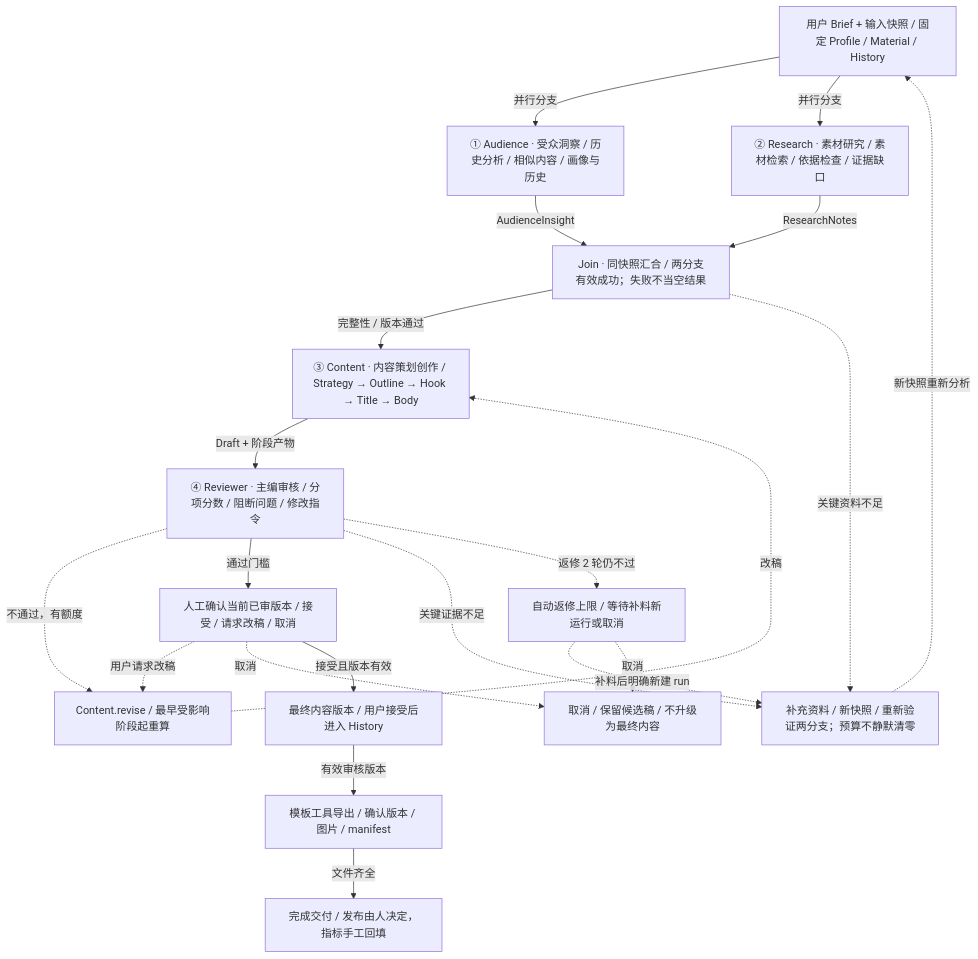
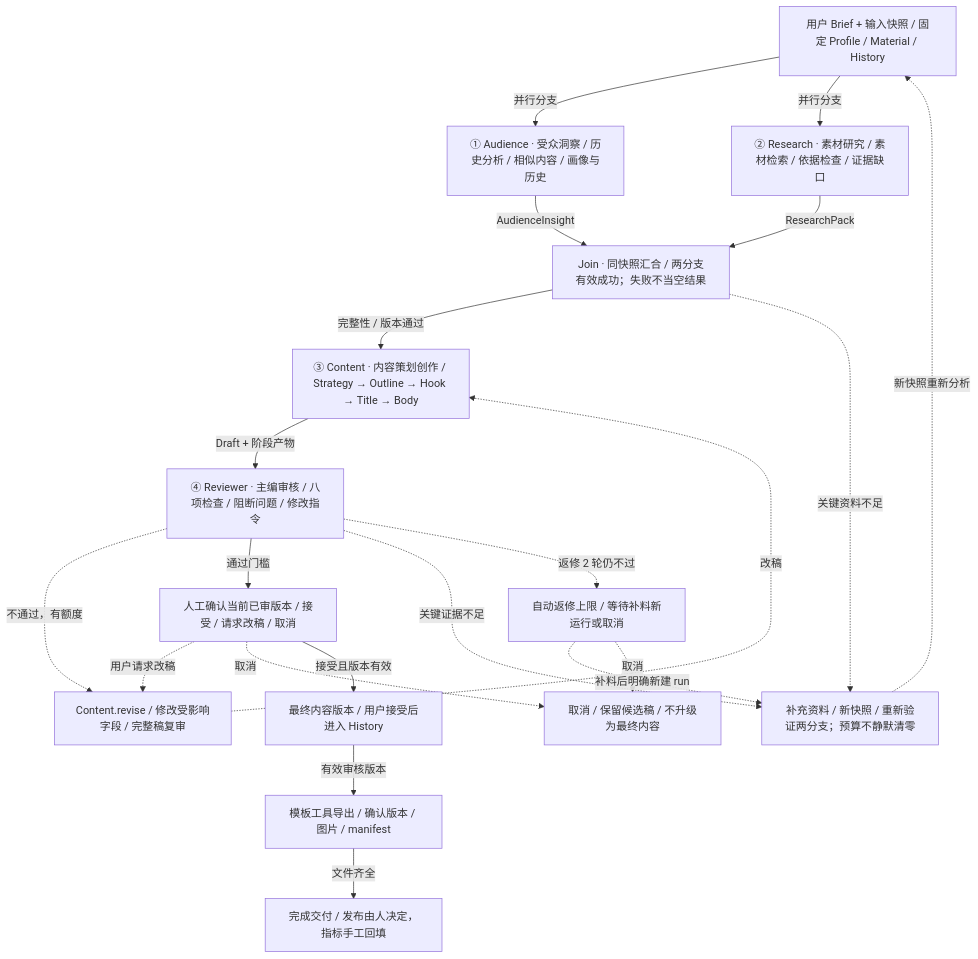
Before and after one commit to xinruilan612/RED: the diagram in docs/design/diagrams/workflow.mmd, drawn with Mermaid. The commit also changed 27 other files, not shown here.

```diff
--- a/docs/design/diagrams/workflow.mmd
+++ b/docs/design/diagrams/workflow.mmd
@@ -1,35 +1,35 @@
 flowchart TD
     brief["用户 Brief + 输入快照 / 固定 Profile / Material / History"]
     audience["① Audience · 受众洞察 / 历史分析 / 相似内容 / 画像与历史"]
     research["② Research · 素材研究 / 素材检索 / 依据检查 / 证据缺口"]
     join["Join · 同快照汇合 / 两分支有效成功；失败不当空结果"]
     content["③ Content · 内容策划创作 / Strategy → Outline → Hook → Title → Body"]
-    reviewer["④ Reviewer · 主编审核 / 分项分数 / 阻断问题 / 修改指令"]
-    revise["Content.revise / 最早受影响阶段起重算"]
+    reviewer["④ Reviewer · 主编审核 / 八项检查 / 阻断问题 / 修改指令"]
+    revise["Content.revise / 修改受影响字段 / 完整稿复审"]
     supply["补充资料 / 新快照 / 重新验证两分支；预算不静默清零"]
     limit["自动返修上限 / 等待补料新运行或取消"]
     human["人工确认当前已审版本 / 接受 / 请求改稿 / 取消"]
     final["最终内容版本 / 用户接受后进入 History"]
     export["模板工具导出 / 确认版本 / 图片 / manifest"]
     done["完成交付 / 发布由人决定，指标手工回填"]
     cancelled["取消 / 保留候选稿 / 不升级为最终内容"]
     brief -->|"并行分支"| audience
     brief -->|"并行分支"| research
     audience -->|"AudienceInsight"| join
-    research -->|"ResearchNotes"| join
+    research -->|"ResearchPack"| join
     join -->|"完整性 / 版本通过"| content
     join -.->|"关键资料不足"| supply
     content -->|"Draft + 阶段产物"| reviewer
     reviewer -.->|"不通过，有额度"| revise
     revise -.->|"改稿"| content
     reviewer -->|"通过门槛"| human
     reviewer -.->|"关键证据不足"| supply
     reviewer -.->|"返修 2 轮仍不过"| limit
     limit -.->|"补料后明确新建 run"| supply
     supply -.->|"新快照重新分析"| brief
     limit -.->|"取消"| cancelled
     human -.->|"用户请求改稿"| revise
     human -.->|"取消"| cancelled
     human -->|"接受且版本有效"| final
     final -->|"有效审核版本"| export
     export -->|"文件齐全"| done
```
